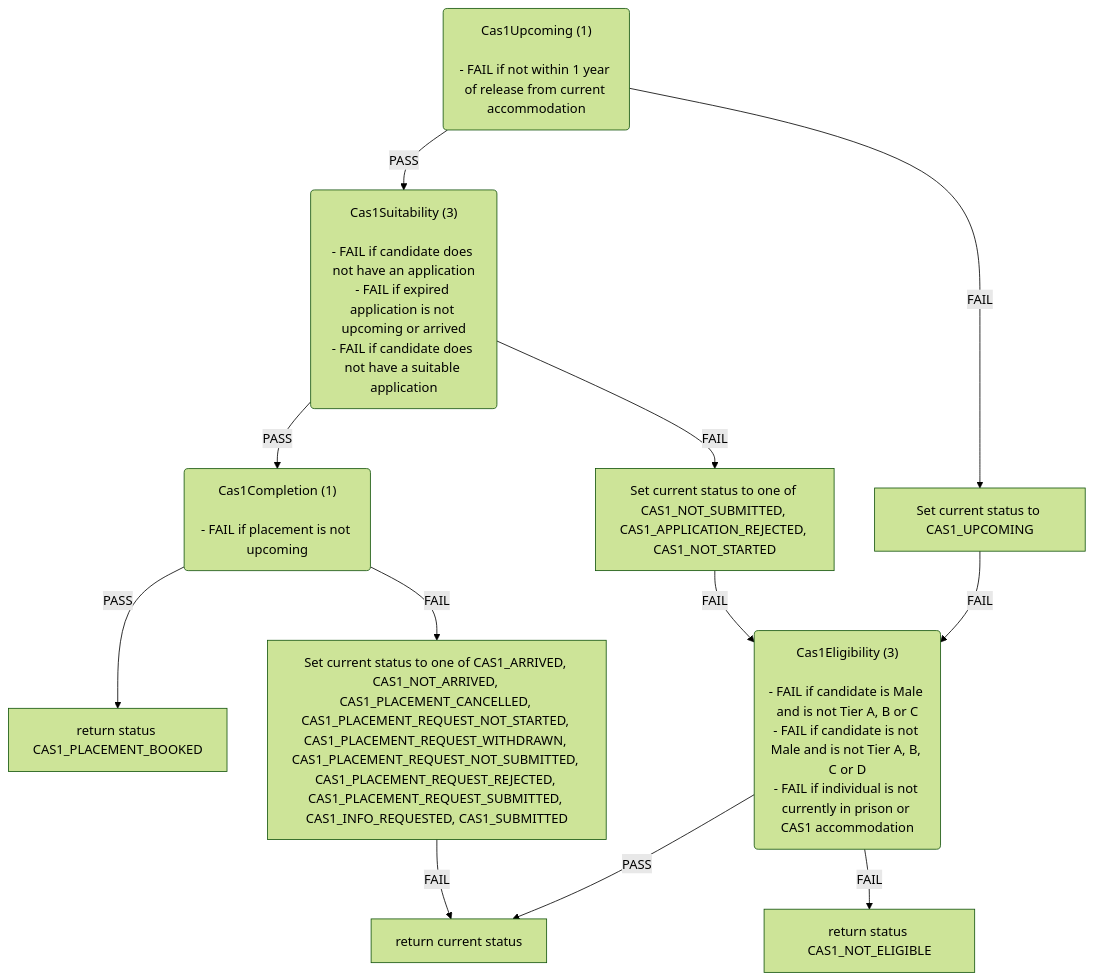
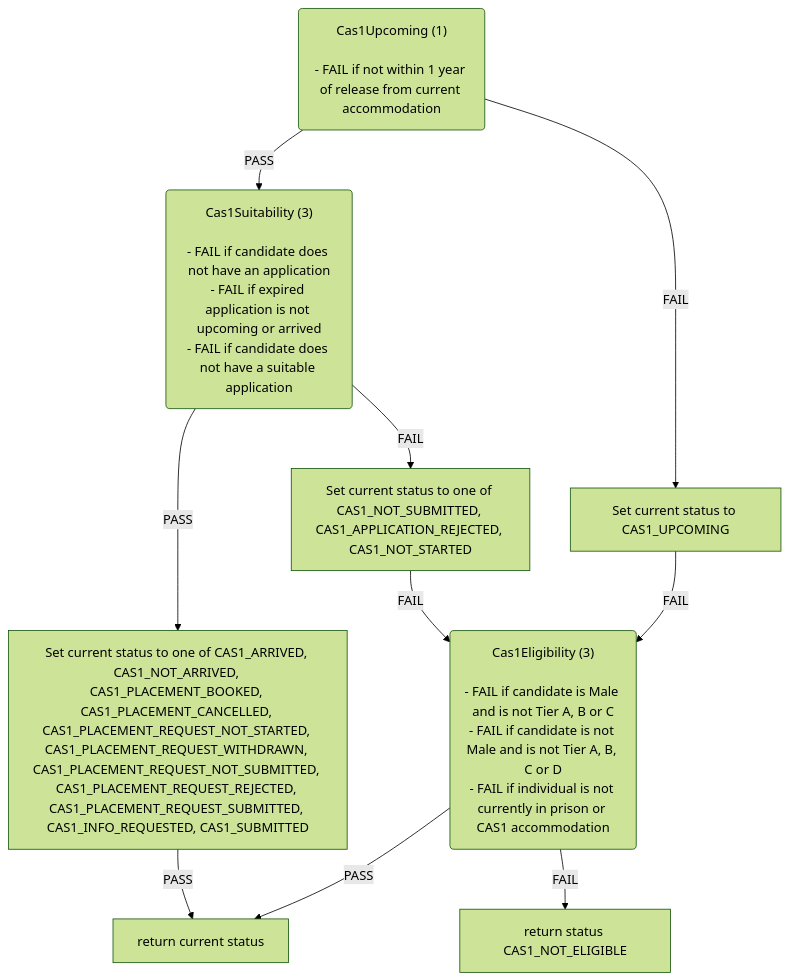
The first of 6 diagrams in docs/eligibility-rules-graph.md (ministryofjustice/hmpps-single-accommodation-service-api), drawn with Mermaid (forest theme) before and after one commit. The commit also changed other lines of this file and 17 other files, not shown here.

````diff
--- a/docs/eligibility-rules-graph.md
+++ b/docs/eligibility-rules-graph.md
@@ -9,36 +9,30 @@
 ```mermaid
 flowchart TD
   Cas1Upcoming("Cas1Upcoming (1)
 
 - FAIL if not within 1 year of release from current accommodation")
   Cas1Suitability("Cas1Suitability (3)
 
 - FAIL if candidate does not have an application
 - FAIL if expired application is not upcoming or arrived
 - FAIL if candidate does not have a suitable application")
-  Cas1Completion("Cas1Completion (1)
-
-- FAIL if placement is not upcoming")
-  return_status_CAS1_PLACEMENT_BOOKED["return status CAS1_PLACEMENT_BOOKED"]
-  Set_current_status_to_one_of_CAS1_ARRIVED__CAS1_NOT_ARRIVED__CAS1_PLACEMENT_CANCELLED__CAS1_PLACEMENT_REQUEST_NOT_STARTED__CAS1_PLACEMENT_REQUEST_WITHDRAWN__CAS1_PLACEMENT_REQUEST_NOT_SUBMITTED__CAS1_PLACEMENT_REQUEST_REJECTED__CAS1_PLACEMENT_REQUEST_SUBMITTED__CAS1_INFO_REQUESTED__CAS1_SUBMITTED["Set current status to one of CAS1_ARRIVED, CAS1_NOT_ARRIVED, CAS1_PLACEMENT_CANCELLED, CAS1_PLACEMENT_REQUEST_NOT_STARTED, CAS1_PLACEMENT_REQUEST_WITHDRAWN, CAS1_PLACEMENT_REQUEST_NOT_SUBMITTED, CAS1_PLACEMENT_REQUEST_REJECTED, CAS1_PLACEMENT_REQUEST_SUBMITTED, CAS1_INFO_REQUESTED, CAS1_SUBMITTED"]
+  Set_current_status_to_one_of_CAS1_ARRIVED__CAS1_NOT_ARRIVED__CAS1_PLACEMENT_BOOKED__CAS1_PLACEMENT_CANCELLED__CAS1_PLACEMENT_REQUEST_NOT_STARTED__CAS1_PLACEMENT_REQUEST_WITHDRAWN__CAS1_PLACEMENT_REQUEST_NOT_SUBMITTED__CAS1_PLACEMENT_REQUEST_REJECTED__CAS1_PLACEMENT_REQUEST_SUBMITTED__CAS1_INFO_REQUESTED__CAS1_SUBMITTED["Set current status to one of CAS1_ARRIVED, CAS1_NOT_ARRIVED, CAS1_PLACEMENT_BOOKED, CAS1_PLACEMENT_CANCELLED, CAS1_PLACEMENT_REQUEST_NOT_STARTED, CAS1_PLACEMENT_REQUEST_WITHDRAWN, CAS1_PLACEMENT_REQUEST_NOT_SUBMITTED, CAS1_PLACEMENT_REQUEST_REJECTED, CAS1_PLACEMENT_REQUEST_SUBMITTED, CAS1_INFO_REQUESTED, CAS1_SUBMITTED"]
   return_current_status["return current status"]
   Set_current_status_to_one_of_CAS1_NOT_SUBMITTED__CAS1_APPLICATION_REJECTED__CAS1_NOT_STARTED["Set current status to one of CAS1_NOT_SUBMITTED, CAS1_APPLICATION_REJECTED, CAS1_NOT_STARTED"]
   Cas1Eligibility("Cas1Eligibility (3)
 
 - FAIL if candidate is Male and is not Tier A, B or C
 - FAIL if candidate is not Male and is not Tier A, B, C or D
 - FAIL if individual is not currently in prison or CAS1 accommodation")
   return_status_CAS1_NOT_ELIGIBLE["return status CAS1_NOT_ELIGIBLE"]
   Set_current_status_to_CAS1_UPCOMING["Set current status to CAS1_UPCOMING"]
-  Cas1Completion -->|PASS| return_status_CAS1_PLACEMENT_BOOKED
-  Cas1Completion -->|FAIL| Set_current_status_to_one_of_CAS1_ARRIVED__CAS1_NOT_ARRIVED__CAS1_PLACEMENT_CANCELLED__CAS1_PLACEMENT_REQUEST_NOT_STARTED__CAS1_PLACEMENT_REQUEST_WITHDRAWN__CAS1_PLACEMENT_REQUEST_NOT_SUBMITTED__CAS1_PLACEMENT_REQUEST_REJECTED__CAS1_PLACEMENT_REQUEST_SUBMITTED__CAS1_INFO_REQUESTED__CAS1_SUBMITTED
-  Set_current_status_to_one_of_CAS1_ARRIVED__CAS1_NOT_ARRIVED__CAS1_PLACEMENT_CANCELLED__CAS1_PLACEMENT_REQUEST_NOT_STARTED__CAS1_PLACEMENT_REQUEST_WITHDRAWN__CAS1_PLACEMENT_REQUEST_NOT_SUBMITTED__CAS1_PLACEMENT_REQUEST_REJECTED__CAS1_PLACEMENT_REQUEST_SUBMITTED__CAS1_INFO_REQUESTED__CAS1_SUBMITTED -->|FAIL| return_current_status
-  Cas1Suitability -->|PASS| Cas1Completion
+  Cas1Suitability -->|PASS| Set_current_status_to_one_of_CAS1_ARRIVED__CAS1_NOT_ARRIVED__CAS1_PLACEMENT_BOOKED__CAS1_PLACEMENT_CANCELLED__CAS1_PLACEMENT_REQUEST_NOT_STARTED__CAS1_PLACEMENT_REQUEST_WITHDRAWN__CAS1_PLACEMENT_REQUEST_NOT_SUBMITTED__CAS1_PLACEMENT_REQUEST_REJECTED__CAS1_PLACEMENT_REQUEST_SUBMITTED__CAS1_INFO_REQUESTED__CAS1_SUBMITTED
+  Set_current_status_to_one_of_CAS1_ARRIVED__CAS1_NOT_ARRIVED__CAS1_PLACEMENT_BOOKED__CAS1_PLACEMENT_CANCELLED__CAS1_PLACEMENT_REQUEST_NOT_STARTED__CAS1_PLACEMENT_REQUEST_WITHDRAWN__CAS1_PLACEMENT_REQUEST_NOT_SUBMITTED__CAS1_PLACEMENT_REQUEST_REJECTED__CAS1_PLACEMENT_REQUEST_SUBMITTED__CAS1_INFO_REQUESTED__CAS1_SUBMITTED -->|PASS| return_current_status
   Cas1Suitability -->|FAIL| Set_current_status_to_one_of_CAS1_NOT_SUBMITTED__CAS1_APPLICATION_REJECTED__CAS1_NOT_STARTED
   Cas1Eligibility -->|PASS| return_current_status
   Cas1Eligibility -->|FAIL| return_status_CAS1_NOT_ELIGIBLE
   Set_current_status_to_one_of_CAS1_NOT_SUBMITTED__CAS1_APPLICATION_REJECTED__CAS1_NOT_STARTED -->|FAIL| Cas1Eligibility
   Cas1Upcoming -->|PASS| Cas1Suitability
   Cas1Upcoming -->|FAIL| Set_current_status_to_CAS1_UPCOMING
   Set_current_status_to_CAS1_UPCOMING -->|FAIL| Cas1Eligibility
 ```
````
